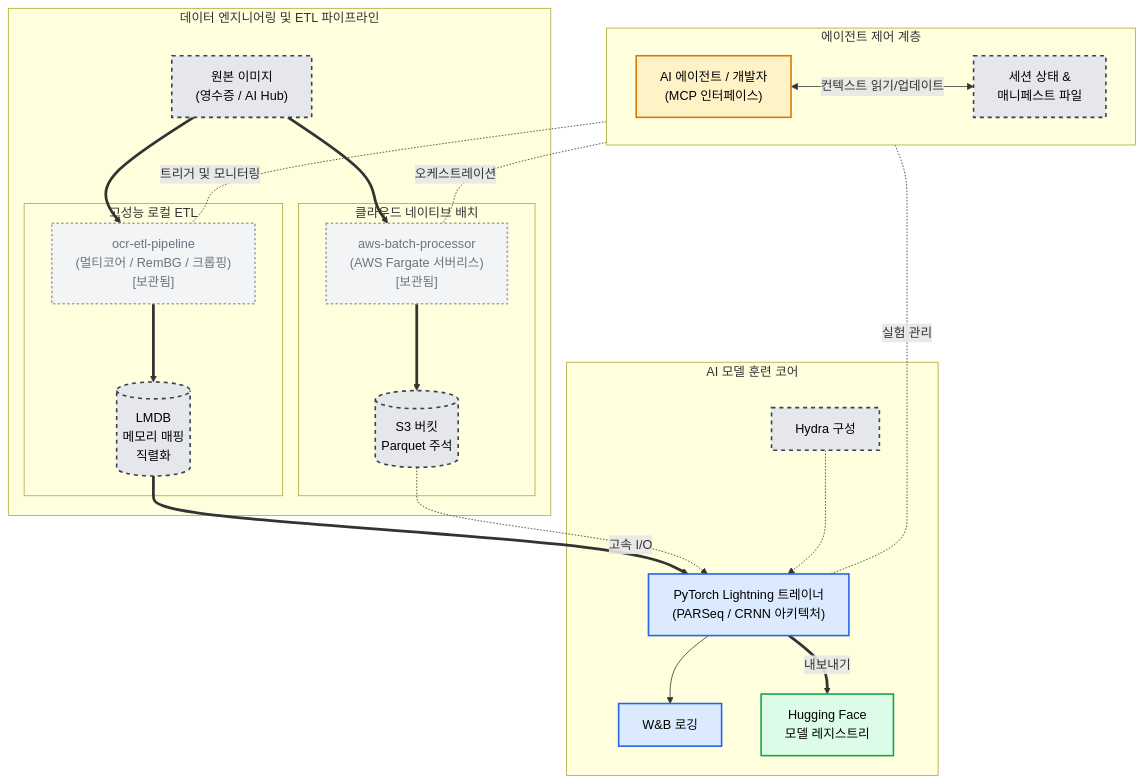
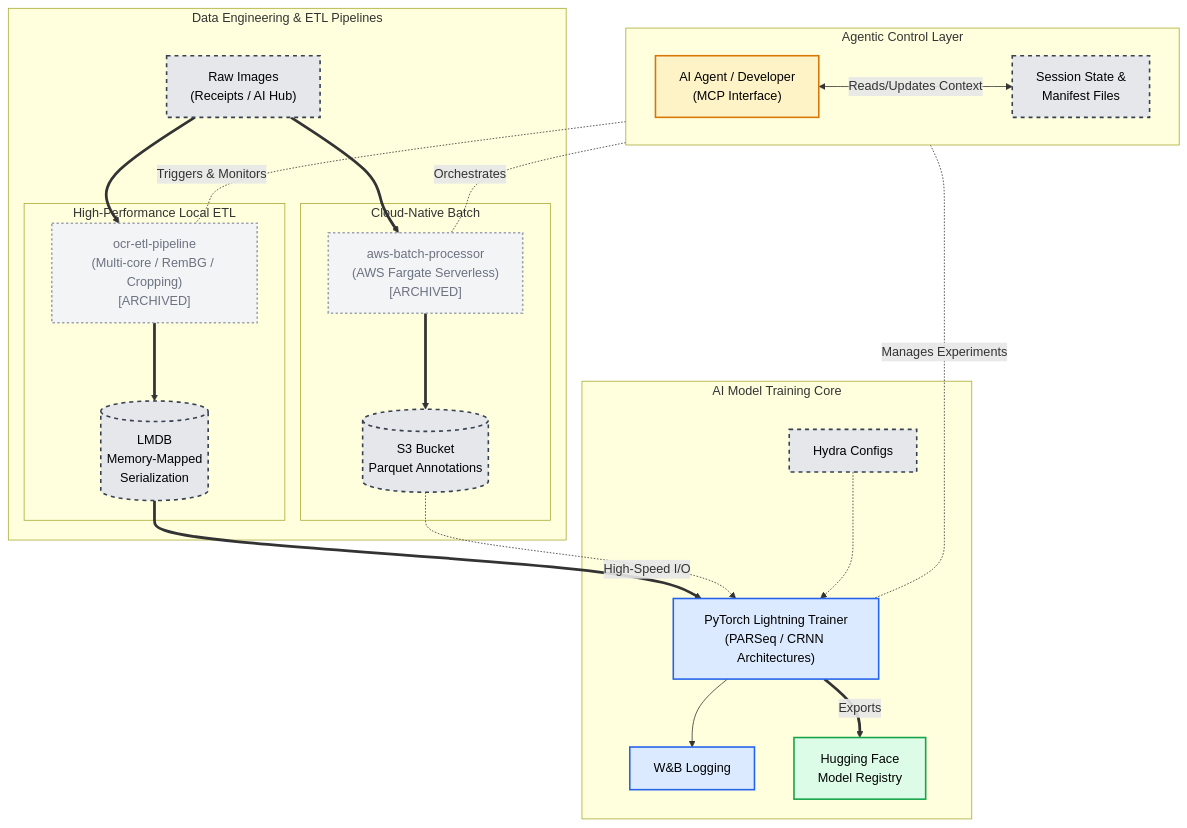
The diagram in README.ko.md (Wchoi189/upstageailab-ocr-recsys-competition-ocr-2), drawn with Mermaid before and after one commit. The commit also changed other lines of this file, not shown here.

````diff
--- a/README.ko.md
+++ b/README.ko.md
@@ -62,56 +62,56 @@
 ```mermaid
 graph TD
     %% Styles
     classDef storage fill:#e5e7eb,stroke:#374151,stroke-width:2px,color:#000,stroke-dasharray: 5 5;
     classDef process fill:#dbeafe,stroke:#2563eb,stroke-width:2px,color:#000;
     classDef agent fill:#fef3c7,stroke:#d97706,stroke-width:2px,color:#000;
     classDef artifact fill:#dcfce7,stroke:#16a34a,stroke-width:2px,color:#000;
     classDef archived fill:#f3f4f6,stroke:#9ca3af,stroke-width:2px,color:#6b7280,stroke-dasharray: 3 3;
 
     %% Orchestration Layer
-    subgraph Orchestration["에이전트 제어 계층"]
+    subgraph Orchestration["Agentic Control Layer"]
         direction LR
-        Agent["AI 에이전트 / 개발자<br/>(MCP 인터페이스)"]:::agent
-        State["세션 상태 &<br/>매니페스트 파일"]:::storage
-        Agent <--> |컨텍스트 읽기/업데이트| State
+        Agent["AI Agent / Developer<br/>(MCP Interface)"]:::agent
+        State["Session State &<br/>Manifest Files"]:::storage
+        Agent <--> |Reads/Updates Context| State
     end
 
     %% Data Engineering Layer
-    subgraph DataOps["데이터 엔지니어링 및 ETL 파이프라인"]
-        RawData["원본 이미지<br/>(영수증 / AI Hub)"]:::storage
+    subgraph DataOps["Data Engineering & ETL Pipelines"]
+        RawData["Raw Images<br/>(Receipts / AI Hub)"]:::storage
 
-        subgraph LocalPipe["고성능 로컬 ETL"]
-            ETLProc["ocr-etl-pipeline<br/>(멀티코어 / RemBG / 크롭핑)<br/>[보관됨]"]:::archived
-            LMDB[("LMDB<br/>메모리 매핑<br/>직렬화")]:::storage
+        subgraph LocalPipe["High-Performance Local ETL"]
+            ETLProc["ocr-etl-pipeline<br/>(Multi-core / RemBG / Cropping)<br/>[ARCHIVED]"]:::archived
+            LMDB[("LMDB<br/>Memory-Mapped<br/>Serialization")]:::storage
         end
 
-        subgraph CloudPipe["클라우드 네이티브 배치"]
-            AWSBatch["aws-batch-processor<br/>(AWS Fargate 서버리스)<br/>[보관됨]"]:::archived
-            S3Parquet[("S3 버킷<br/>Parquet 주석")]:::storage
+        subgraph CloudPipe["Cloud-Native Batch"]
+            AWSBatch["aws-batch-processor<br/>(AWS Fargate Serverless)<br/>[ARCHIVED]"]:::archived
+            S3Parquet[("S3 Bucket<br/>Parquet Annotations")]:::storage
         end
 
         RawData ==> ETLProc
         ETLProc ==> LMDB
         RawData ==> AWSBatch
         AWSBatch ==> S3Parquet
     end
 
     %% ML Core Layer
-    subgraph MLCore["AI 모델 훈련 코어"]
-        Hydra["Hydra 구성"]:::storage
-        Trainer["PyTorch Lightning 트레이너<br/>(PARSeq / CRNN 아키텍처)"]:::process
-        WandB["W&B 로깅"]:::process
-        FinalModel["Hugging Face<br/>모델 레지스트리"]:::artifact
+    subgraph MLCore["AI Model Training Core"]
+        Hydra["Hydra Configs"]:::storage
+        Trainer["PyTorch Lightning Trainer<br/>(PARSeq / CRNN Architectures)"]:::process
+        WandB["W&B Logging"]:::process
+        FinalModel["Hugging Face<br/>Model Registry"]:::artifact
 
-        LMDB =="고속 I/O"==> Trainer
+        LMDB =="High-Speed I/O"==> Trainer
         S3Parquet -.-> Trainer
         Hydra -.-> Trainer
         Trainer --> WandB
-        Trainer ==>|내보내기| FinalModel
+        Trainer ==>|Exports| FinalModel
     end
 
-    %% 제어 흐름
-    Agent -.-|트리거 및 모니터링| ETLProc
-    Agent -.-|오케스트레이션| AWSBatch
-    Agent -.-|실험 관리| Trainer
+    %% Control Flow
+    Agent -.-|Triggers & Monitors| ETLProc
+    Agent -.-|Orchestrates| AWSBatch
+    Agent -.-|Manages Experiments| Trainer
 ```
````
